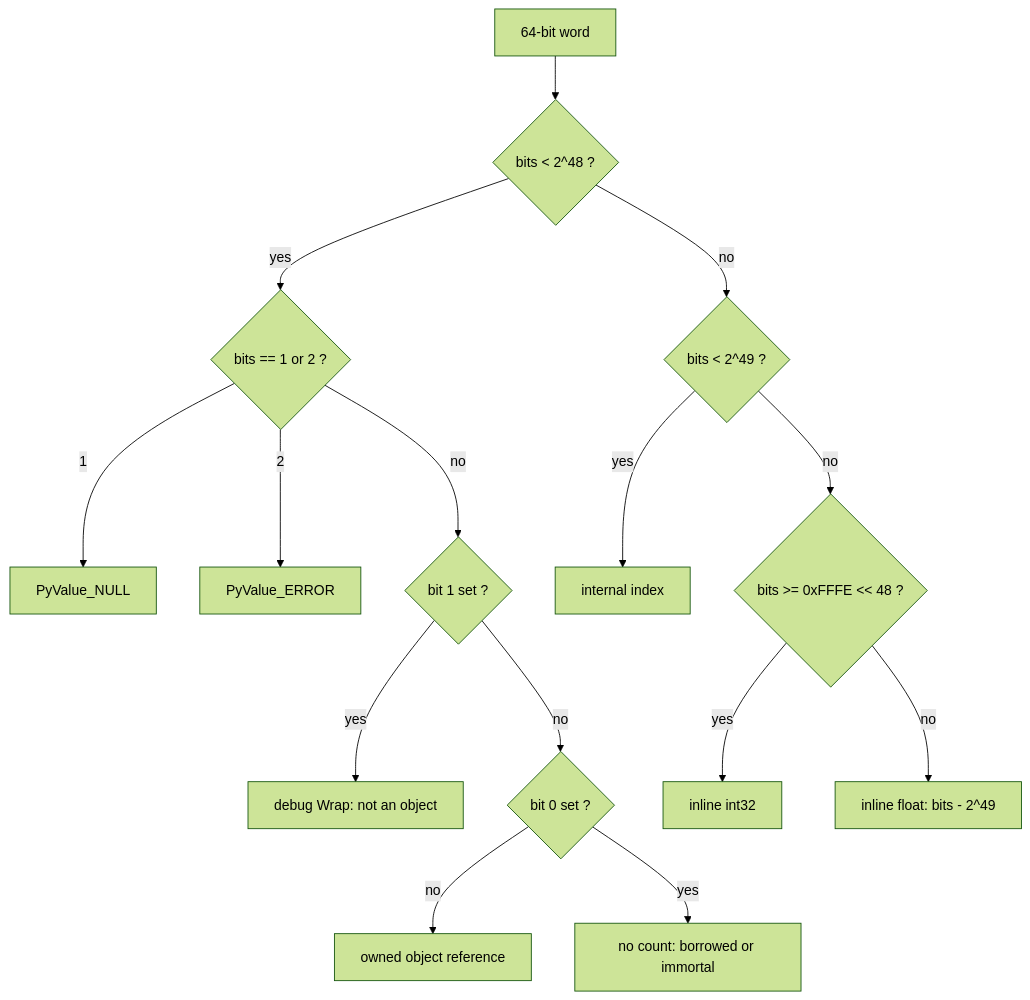
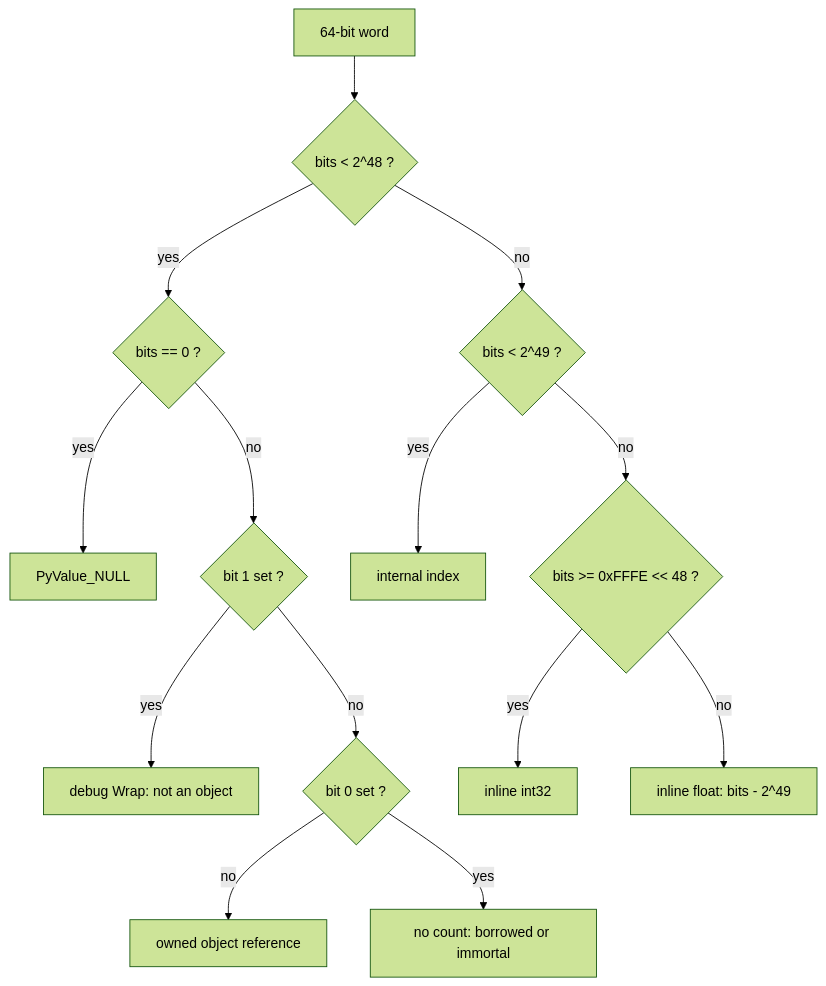
One commit to rjpower/cpython changed the first of 2 diagrams in pyjit/design/pyvalue.md. Above: the diagram before and after it, drawn with Mermaid (forest theme). The commit also changed other lines of this file, not shown here.

Commit message:
Re-anchor the PyValue specification section at the current runtime

````diff
--- a/pyjit/design/pyvalue.md
+++ b/pyjit/design/pyvalue.md
@@ -79,17 +77,16 @@
 ```mermaid
 flowchart TD
     B[64-bit word] --> P{"bits < 2^48 ?"}
-    P -- yes --> S{"bits == 1 or 2 ?"}
-    S -- "1" --> NULL[PyValue_NULL]
-    S -- "2" --> ERR[PyValue_ERROR]
+    P -- yes --> S{"bits == 0 ?"}
+    S -- yes --> NULL[PyValue_NULL]
     S -- no --> W{"bit 1 set ?"}
     W -- yes --> WR[debug Wrap: not an object]
     W -- no --> O{"bit 0 set ?"}
     O -- no --> OWN[owned object reference]
     O -- yes --> NC[no count: borrowed or immortal]
     P -- no --> I{"bits < 2^49 ?"}
     I -- yes --> IDX[internal index]
     I -- no --> N{"bits >= 0xFFFE << 48 ?"}
     N -- yes --> INT[inline int32]
     N -- no --> FL["inline float: bits - 2^49"]
 ```
````
